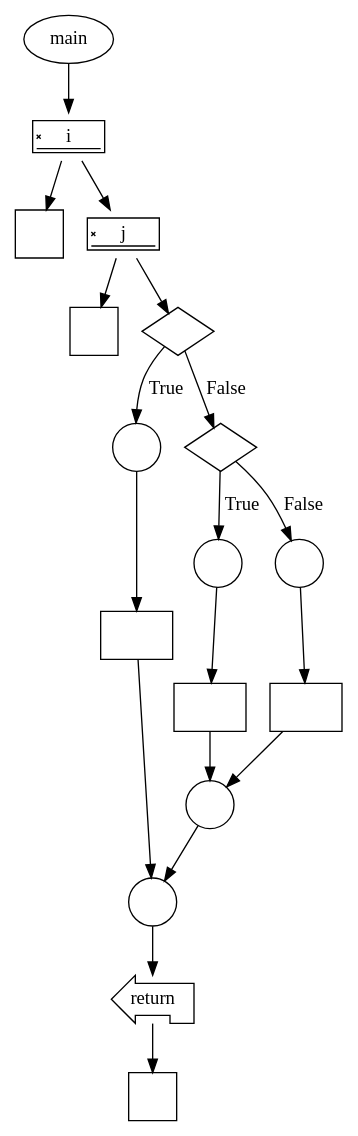
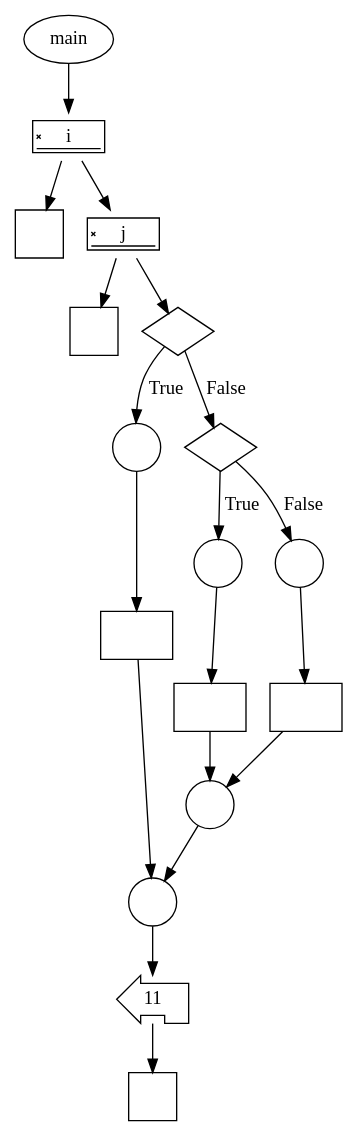
The diagram in data/ifstatement/ifstatement.dot (gakkungithub/rpg-aquatan-C), drawn with Graphviz before and after one commit. The commit also changed 33 other files, not shown here.

```diff
--- a/data/ifstatement/ifstatement.dot
+++ b/data/ifstatement/ifstatement.dot
@@ -1,115 +1,115 @@
 digraph {
 	graph [bb="0,0,243,832"];
 	node [label="\N"];
-	"5037decb-afe1-4db3-8e31-ad82fd02263b"	[height=0.5,
+	"85052753-6ada-4620-a6f1-e43d0e2da76f"	[height=0.5,
 		label=main,
 		pos="30,814",
 		shape=ellipse,
 		width=0.82932];
-	"9acb4dbc-2ac3-4b34-8df6-d754f1667cdc"	[height=0.5,
+	"5abf7835-8bf2-42c9-97c8-1e002dbcfe6d"	[height=0.5,
 		label=i,
 		pos="30,741",
 		shape=signature,
 		width=0.75];
-	"5037decb-afe1-4db3-8e31-ad82fd02263b" -> "9acb4dbc-2ac3-4b34-8df6-d754f1667cdc"	[pos="e,30,759.03 30,795.81 30,788.23 30,779.1 30,770.54"];
-	"f79fab59-db90-4acd-98bb-6dbc874d3910"	[height=0.5,
+	"85052753-6ada-4620-a6f1-e43d0e2da76f" -> "5abf7835-8bf2-42c9-97c8-1e002dbcfe6d"	[pos="e,30,759.03 30,795.81 30,788.23 30,779.1 30,770.54"];
+	"d2000e90-26e8-4943-95b6-aaf49d58f8f9"	[height=0.5,
 		label="",
 		pos="18,668",
 		shape=square,
 		width=0.5];
-	"9acb4dbc-2ac3-4b34-8df6-d754f1667cdc" -> "f79fab59-db90-4acd-98bb-6dbc874d3910"	[pos="e,20.878,686.03 27.095,722.81 25.798,715.14 24.235,705.89 22.774,697.24"];
-	"ac263319-4559-42c6-a976-c7db35161c62"	[height=0.5,
+	"5abf7835-8bf2-42c9-97c8-1e002dbcfe6d" -> "d2000e90-26e8-4943-95b6-aaf49d58f8f9"	[pos="e,20.878,686.03 27.095,722.81 25.798,715.14 24.235,705.89 22.774,697.24"];
+	"a1f5cfda-37cb-4d69-9904-38caca7e3e25"	[height=0.5,
 		label=j,
 		pos="81,668",
 		shape=signature,
 		width=0.75];
-	"9acb4dbc-2ac3-4b34-8df6-d754f1667cdc" -> "ac263319-4559-42c6-a976-c7db35161c62"	[pos="e,68.768,686.03 42.346,722.81 48.297,714.53 55.564,704.41 62.185,695.19"];
-	"b8cad527-2543-445f-ab40-664d10782724"	[height=0.5,
+	"5abf7835-8bf2-42c9-97c8-1e002dbcfe6d" -> "a1f5cfda-37cb-4d69-9904-38caca7e3e25"	[pos="e,68.768,686.03 42.346,722.81 48.297,714.53 55.564,704.41 62.185,695.19"];
+	"f18baa55-b11d-4875-a014-f1488477f3ac"	[height=0.5,
 		label="",
 		pos="59,595",
 		shape=square,
 		width=0.5];
-	"ac263319-4559-42c6-a976-c7db35161c62" -> "b8cad527-2543-445f-ab40-664d10782724"	[pos="e,64.277,613.03 75.674,649.81 73.269,642.05 70.366,632.68 67.661,623.95"];
-	"ce61fae1-c84a-478a-9cab-1e4f95379c4a"	[height=0.5,
+	"a1f5cfda-37cb-4d69-9904-38caca7e3e25" -> "f18baa55-b11d-4875-a014-f1488477f3ac"	[pos="e,64.277,613.03 75.674,649.81 73.269,642.05 70.366,632.68 67.661,623.95"];
+	"8e5d9dac-d5b6-4c8f-a503-2221096a53de"	[height=0.5,
 		label="",
 		pos="122,595",
 		shape=diamond,
 		width=0.75];
-	"ac263319-4559-42c6-a976-c7db35161c62" -> "ce61fae1-c84a-478a-9cab-1e4f95379c4a"	[pos="e,114.86,608.36 90.925,649.81 96.413,640.31 103.29,628.39 109.18,618.19"];
-	"57b60531-749e-4699-bf78-6f8ddf39583b"	[height=0.5,
+	"a1f5cfda-37cb-4d69-9904-38caca7e3e25" -> "8e5d9dac-d5b6-4c8f-a503-2221096a53de"	[pos="e,114.86,608.36 90.925,649.81 96.413,640.31 103.29,628.39 109.18,618.19"];
+	"2b7bde52-8d47-4ae5-b1e5-8b27c0d02ea2"	[height=0.5,
 		label="",
 		pos="89,506.5",
 		shape=circle,
 		width=0.5];
-	"ce61fae1-c84a-478a-9cab-1e4f95379c4a" -> "57b60531-749e-4699-bf78-6f8ddf39583b"	[label=True,
+	"8e5d9dac-d5b6-4c8f-a503-2221096a53de" -> "2b7bde52-8d47-4ae5-b1e5-8b27c0d02ea2"	[label=True,
 		lp="117.25,550.75",
 		pos="e,93.313,524.45 114.98,581.28 111.54,574.74 107.51,566.58 104.5,559 101.53,551.51 98.794,543.21 96.481,535.51"];
-	"8be03dc9-feff-421d-bf65-1eb46dc7aef8"	[height=0.5,
+	"ab44b31d-76da-42a0-a8ab-3516248fb940"	[height=0.5,
 		label="",
 		pos="152,506.5",
 		shape=diamond,
 		width=0.75];
-	"ce61fae1-c84a-478a-9cab-1e4f95379c4a" -> "8be03dc9-feff-421d-bf65-1eb46dc7aef8"	[label=False,
+	"8e5d9dac-d5b6-4c8f-a503-2221096a53de" -> "ab44b31d-76da-42a0-a8ab-3516248fb940"	[label=False,
 		lp="153.94,550.75",
 		pos="e,147.14,521.52 126.95,579.72 131.41,566.87 138.05,547.71 143.38,532.35"];
-	"ab9d1bd0-2b0a-4886-a386-72368d8b6770"	[height=0.5,
+	"8f6c7508-d98c-486a-bdd2-f47c43be510b"	[height=0.5,
 		label="",
 		pos="89,364",
 		shape=rect,
 		width=0.75];
-	"57b60531-749e-4699-bf78-6f8ddf39583b" -> "ab9d1bd0-2b0a-4886-a386-72368d8b6770"	[pos="e,89,382.37 89,488.27 89,464.68 89,422 89,393.58"];
-	"a2776dd4-8599-4e08-b388-092a45ab47e7"	[height=0.5,
+	"2b7bde52-8d47-4ae5-b1e5-8b27c0d02ea2" -> "8f6c7508-d98c-486a-bdd2-f47c43be510b"	[pos="e,89,382.37 89,488.27 89,464.68 89,422 89,393.58"];
+	"14882e93-036b-4af8-aad8-aee2b05767f8"	[height=0.5,
 		label="",
 		pos="101,164",
 		shape=circle,
 		width=0.5];
-	"ab9d1bd0-2b0a-4886-a386-72368d8b6770" -> "a2776dd4-8599-4e08-b388-092a45ab47e7"	[pos="e,99.95,182.33 90.044,345.78 92.11,311.69 96.736,235.35 99.266,193.6"];
-	"2289720e-49b2-4250-ba9d-795f1bd6f9cf"	[height=0.5,
-		label=return,
+	"8f6c7508-d98c-486a-bdd2-f47c43be510b" -> "14882e93-036b-4af8-aad8-aee2b05767f8"	[pos="e,99.95,182.33 90.044,345.78 92.11,311.69 96.736,235.35 99.266,193.6"];
+	"bfbd1514-d3de-4df7-8327-f7a4f915870c"	[height=0.5,
+		label=11,
 		pos="101,91",
 		shape=lpromoter,
 		width=0.75];
-	"a2776dd4-8599-4e08-b388-092a45ab47e7" -> "2289720e-49b2-4250-ba9d-795f1bd6f9cf"	[pos="e,101,109.03 101,145.81 101,138.23 101,129.1 101,120.54"];
-	"d175af51-d0bd-4bf6-9fd8-f1c76a348a8d"	[height=0.5,
+	"14882e93-036b-4af8-aad8-aee2b05767f8" -> "bfbd1514-d3de-4df7-8327-f7a4f915870c"	[pos="e,101,109.03 101,145.81 101,138.23 101,129.1 101,120.54"];
+	"7416cc66-ede6-4043-b6ba-6b8af5343641"	[height=0.5,
 		label="",
 		pos="150,418",
 		shape=circle,
 		width=0.5];
-	"8be03dc9-feff-421d-bf65-1eb46dc7aef8" -> "d175af51-d0bd-4bf6-9fd8-f1c76a348a8d"	[label=True,
+	"ab44b31d-76da-42a0-a8ab-3516248fb940" -> "7416cc66-ede6-4043-b6ba-6b8af5343641"	[label=True,
 		lp="163.93,462.25",
 		pos="e,150.4,436.35 151.6,488.41 151.34,476.76 150.97,461.05 150.66,447.52"];
-	"17788b63-a8dc-4dee-8310-da2a86cde65c"	[height=0.5,
+	"35da6387-1fd4-49b2-8d3d-2eddc751e7d8"	[height=0.5,
 		label="",
 		pos="213,418",
 		shape=circle,
 		width=0.5];
-	"8be03dc9-feff-421d-bf65-1eb46dc7aef8" -> "17788b63-a8dc-4dee-8310-da2a86cde65c"	[label=False,
+	"ab44b31d-76da-42a0-a8ab-3516248fb940" -> "35da6387-1fd4-49b2-8d3d-2eddc751e7d8"	[label=False,
 		lp="204.7,462.25",
 		pos="e,204.15,433.7 161.39,494.38 166.97,487.62 174.1,478.72 180,470.5 186.23,461.82 192.66,452 198.17,443.29"];
-	"38f70c73-3925-45bd-a5d9-21e8593a8fec"	[height=0.5,
+	"bf3d70eb-7e4d-4a8b-937c-8fa7ddb69c24"	[height=0.5,
 		label="",
 		pos="144,310",
 		shape=rect,
 		width=0.75];
-	"d175af51-d0bd-4bf6-9fd8-f1c76a348a8d" -> "38f70c73-3925-45bd-a5d9-21e8593a8fec"	[pos="e,144.98,328.34 149.04,399.97 148.12,383.76 146.72,359.06 145.63,339.79"];
-	"8a713fa0-9621-429b-8380-df7c74e82030"	[height=0.5,
+	"7416cc66-ede6-4043-b6ba-6b8af5343641" -> "bf3d70eb-7e4d-4a8b-937c-8fa7ddb69c24"	[pos="e,144.98,328.34 149.04,399.97 148.12,383.76 146.72,359.06 145.63,339.79"];
+	"3dfa1ae1-ce41-43d5-a2f8-61a58f7ff0e7"	[height=0.5,
 		label="",
 		pos="144,237",
 		shape=circle,
 		width=0.5];
-	"38f70c73-3925-45bd-a5d9-21e8593a8fec" -> "8a713fa0-9621-429b-8380-df7c74e82030"	[pos="e,144,255.03 144,291.81 144,284.23 144,275.1 144,266.54"];
-	"8a713fa0-9621-429b-8380-df7c74e82030" -> "a2776dd4-8599-4e08-b388-092a45ab47e7"	[pos="e,110.11,180.04 134.88,220.94 129.41,211.91 122.31,200.19 116.03,189.81"];
-	"85719b36-3759-4342-99f9-8886fb909519"	[height=0.5,
+	"bf3d70eb-7e4d-4a8b-937c-8fa7ddb69c24" -> "3dfa1ae1-ce41-43d5-a2f8-61a58f7ff0e7"	[pos="e,144,255.03 144,291.81 144,284.23 144,275.1 144,266.54"];
+	"3dfa1ae1-ce41-43d5-a2f8-61a58f7ff0e7" -> "14882e93-036b-4af8-aad8-aee2b05767f8"	[pos="e,110.11,180.04 134.88,220.94 129.41,211.91 122.31,200.19 116.03,189.81"];
+	"c3c3d4c8-6fdd-4920-b64f-593c0d5b73c0"	[height=0.5,
 		label="",
 		pos="216,310",
 		shape=rect,
 		width=0.75];
-	"17788b63-a8dc-4dee-8310-da2a86cde65c" -> "85719b36-3759-4342-99f9-8886fb909519"	[pos="e,215.51,328.34 213.48,399.97 213.94,383.76 214.64,359.06 215.19,339.79"];
-	"85719b36-3759-4342-99f9-8886fb909519" -> "8a713fa0-9621-429b-8380-df7c74e82030"	[pos="e,156.53,250.36 198.57,291.81 188.32,281.71 175.32,268.88 164.57,258.28"];
-	"c889df15-2907-4b2c-a594-678862e67e59"	[height=0.5,
+	"35da6387-1fd4-49b2-8d3d-2eddc751e7d8" -> "c3c3d4c8-6fdd-4920-b64f-593c0d5b73c0"	[pos="e,215.51,328.34 213.48,399.97 213.94,383.76 214.64,359.06 215.19,339.79"];
+	"c3c3d4c8-6fdd-4920-b64f-593c0d5b73c0" -> "3dfa1ae1-ce41-43d5-a2f8-61a58f7ff0e7"	[pos="e,156.53,250.36 198.57,291.81 188.32,281.71 175.32,268.88 164.57,258.28"];
+	"17fe7ee4-4b72-49b3-898d-cc28f48f1502"	[height=0.5,
 		label="",
 		pos="101,18",
 		shape=square,
 		width=0.5];
-	"2289720e-49b2-4250-ba9d-795f1bd6f9cf" -> "c889df15-2907-4b2c-a594-678862e67e59"	[pos="e,101,36.029 101,72.813 101,65.226 101,56.101 101,47.539"];
+	"bfbd1514-d3de-4df7-8327-f7a4f915870c" -> "17fe7ee4-4b72-49b3-898d-cc28f48f1502"	[pos="e,101,36.029 101,72.813 101,65.226 101,56.101 101,47.539"];
 }
```
